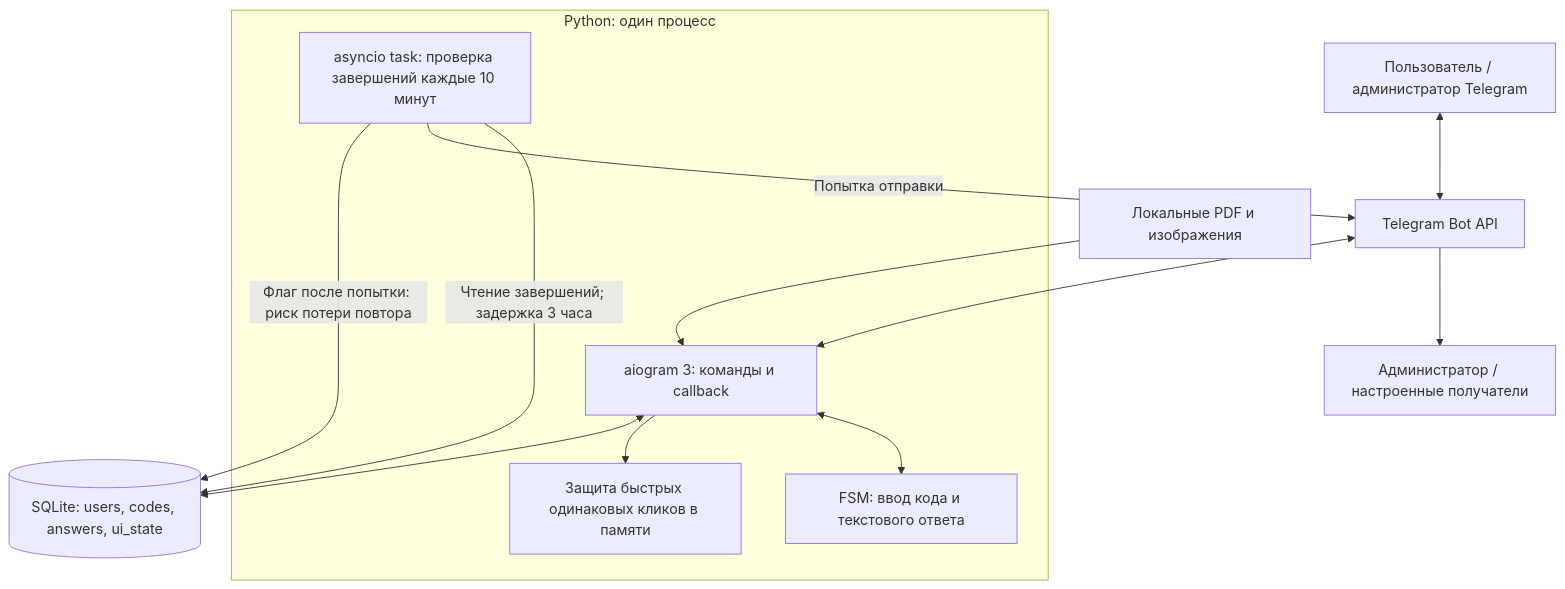
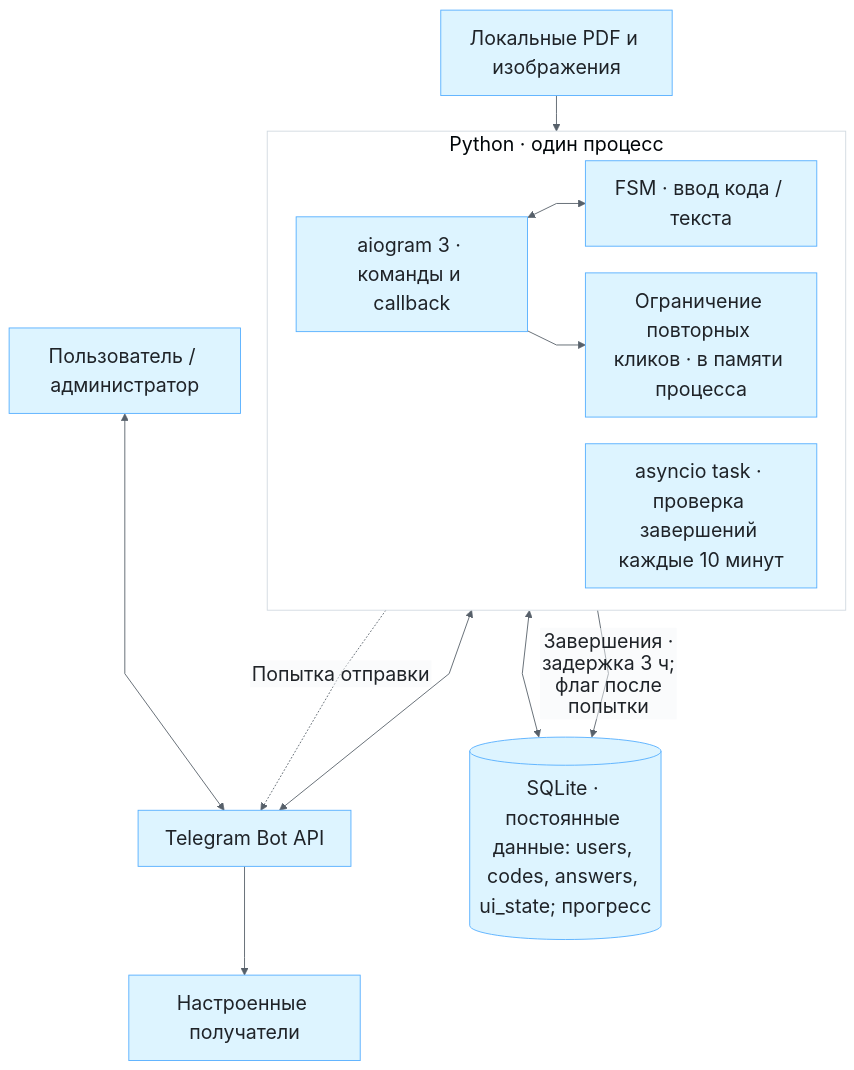
Before and after one commit to EugeneCodeCeo/learn-and-earn-case-studies: the diagram in free-bot/architecture/components.mmd, drawn with Mermaid. The commit also changed 4 other files, not shown here.

Commit message:
docs: improve Free Bot architecture diagrams

```diff
--- a/free-bot/architecture/components.mmd
+++ b/free-bot/architecture/components.mmd
@@ -1,14 +1,16 @@
+%%{init: {"theme":"base","themeVariables":{"fontFamily":"Segoe UI, Arial, sans-serif","fontSize":"22px","primaryColor":"#ddf4ff","primaryTextColor":"#1f2328","primaryBorderColor":"#54aeff","lineColor":"#57606a","clusterBkg":"#ffffff","clusterBorder":"#d1d9e0","edgeLabelBackground":"#f6f8fa"},"flowchart":{"htmlLabels":false,"curve":"linear","nodeSpacing":30,"rankSpacing":40}}}%%
 flowchart TB
-    User["Пользователь / администратор Telegram"] <--> API["Telegram Bot API"]
-    API <--> Bot["aiogram 3: команды и callback"]
-    subgraph Process["Python: один процесс"]
-      Bot <--> FSM["FSM: ввод кода и текстового ответа"]
-      Bot --> Guard["Защита быстрых одинаковых кликов в памяти"]
-      Task["asyncio task: проверка завершений каждые 10 минут"]
+    User["Пользователь / администратор"] <--> API["Telegram Bot API"]
+    API --> Recipient["Настроенные получатели"]
+    subgraph Process["Python · один процесс"]
+        direction LR
+        Bot["aiogram 3 · команды и callback"] <--> FSM["FSM · ввод кода / текста"]
+        Bot --> Guard["Ограничение повторных кликов · в памяти процесса"]
+        Task["asyncio task · проверка завершений каждые 10 минут"]
     end
-    Bot <--> DB[("SQLite: users, codes, answers, ui_state")]
+    API <--> Bot
+    Bot <--> DB[("SQLite · постоянные данные: users, codes, answers, ui_state; прогресс")]
     Assets["Локальные PDF и изображения"] --> Bot
-    Task -->|"Чтение завершений; задержка 3 часа"| DB
-    Task -->|"Попытка отправки"| API
-    API --> Recipient["Администратор / настроенные получатели"]
-    Task -->|"Флаг после попытки: риск потери повтора"| DB
+    Task -->|"Завершения · задержка 3 ч; флаг после попытки"| DB
+    Task -.->|"Попытка отправки"| API
+    %% Исторический механизм: флаг после попытки; ошибка доставки могла лишать повтора.
```
